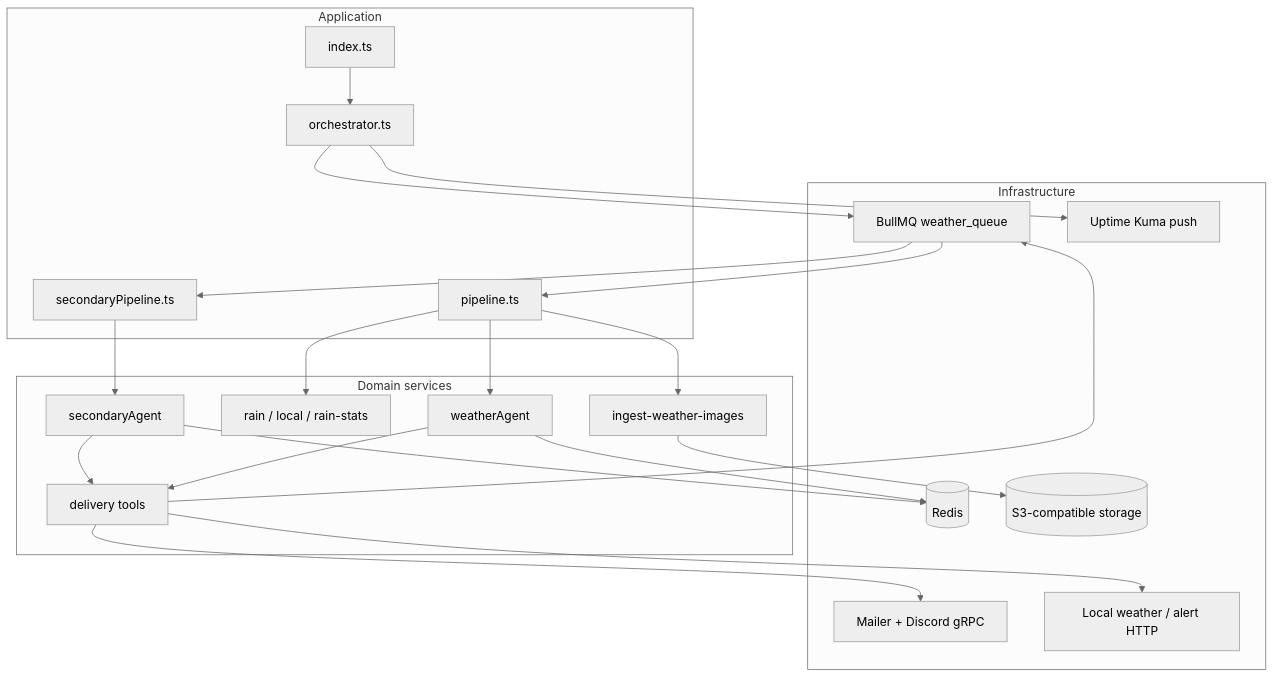
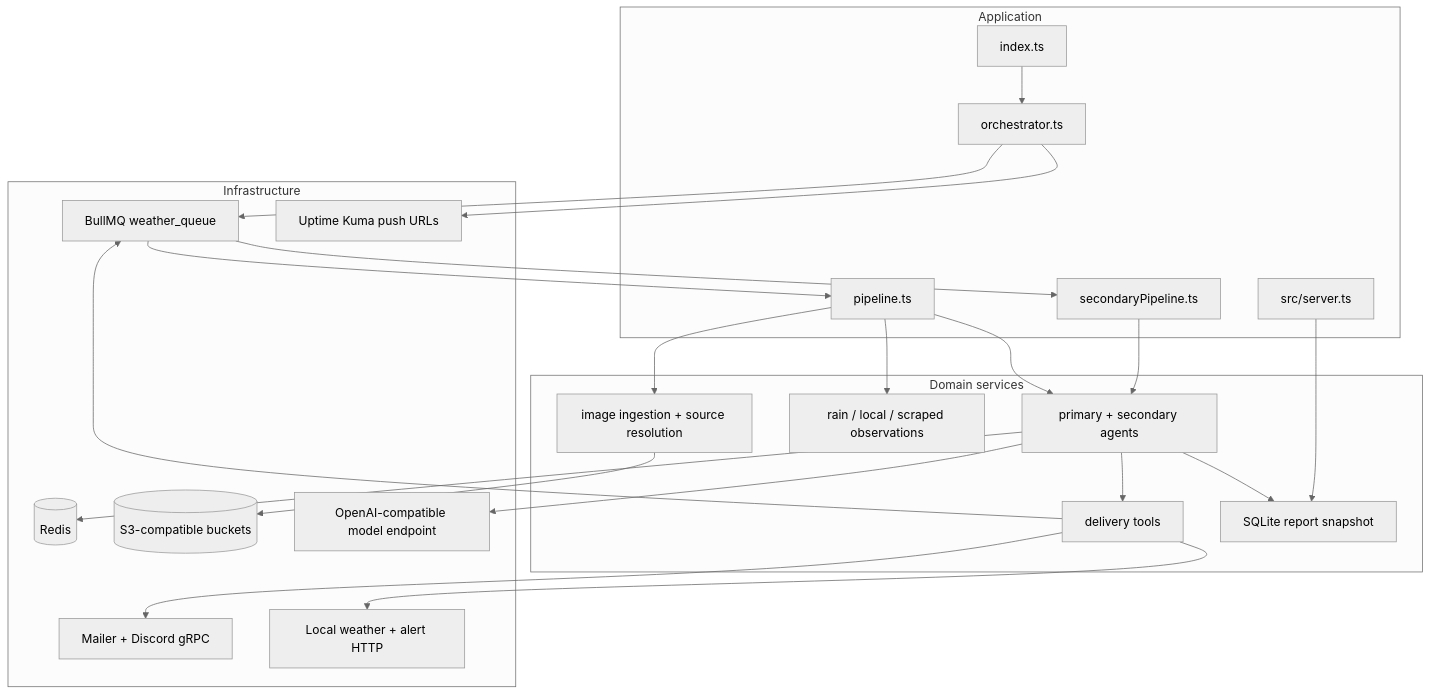
Before and after one commit to aneeshpatne/mausam3.0: the third of 3 diagrams in README.md, drawn with Mermaid (neutral theme). The commit also changed other lines of this file, not shown here.

Commit message:
feat(docs): update README to enhance clarity on project functionality and architecture

````diff
--- a/README.md
+++ b/README.md
@@ -151,44 +127,47 @@
 ```mermaid
 flowchart TB
   subgraph App[Application]
     ENTRY[index.ts]
     ORCH[orchestrator.ts]
-    PRIM[pipeline.ts]
-    SEC[secondaryPipeline.ts]
+    PRIMARY[pipeline.ts]
+    SECONDARY[secondaryPipeline.ts]
+    API[src/server.ts]
   end
 
   subgraph Domain[Domain services]
-    ING[ingest-weather-images]
-    OBS[rain / local / rain-stats]
-    PAGENT[weatherAgent]
-    SAGENT[secondaryAgent]
-    TOOLS[delivery tools]
+    INGEST[image ingestion + source resolution]
+    OBS[rain / local / scraped observations]
+    AGENTS[primary + secondary agents]
+    DELIVERY[delivery tools]
+    SITE[SQLite report snapshot]
   end
 
   subgraph Infra[Infrastructure]
-    Q[BullMQ weather_queue]
+    QUEUE[BullMQ weather_queue]
     REDIS[(Redis)]
-    S3[(S3-compatible storage)]
-    GRPC[Mailer + Discord gRPC]
-    HTTP[Local weather / alert HTTP]
-    MON[Uptime Kuma push]
+    OBJECTS[(S3-compatible buckets)]
+    MODEL[OpenAI-compatible model endpoint]
+    RPC[Mailer + Discord gRPC]
+    LOCAL[Local weather + alert HTTP]
+    MONITOR[Uptime Kuma push URLs]
   end
 
   ENTRY --> ORCH
-  ORCH --> Q
-  Q --> PRIM
-  Q --> SEC
-  PRIM --> ING
-  PRIM --> OBS
-  PRIM --> PAGENT
-  SEC --> SAGENT
-  ING --> S3
-  PAGENT --> REDIS
-  SAGENT --> REDIS
-  PAGENT --> TOOLS
-  SAGENT --> TOOLS
-  TOOLS --> GRPC
-  TOOLS --> HTTP
-  TOOLS --> Q
-  ORCH --> MON
+  ORCH --> QUEUE
+  ORCH --> MONITOR
+  QUEUE --> PRIMARY
+  QUEUE --> SECONDARY
+  PRIMARY --> INGEST
+  PRIMARY --> OBS
+  PRIMARY --> AGENTS
+  SECONDARY --> AGENTS
+  INGEST --> OBJECTS
+  AGENTS --> MODEL
+  AGENTS --> DELIVERY
+  AGENTS --> SITE
+  AGENTS --> REDIS
+  DELIVERY --> RPC
+  DELIVERY --> LOCAL
+  DELIVERY --> QUEUE
+  API --> SITE
 ```
````
